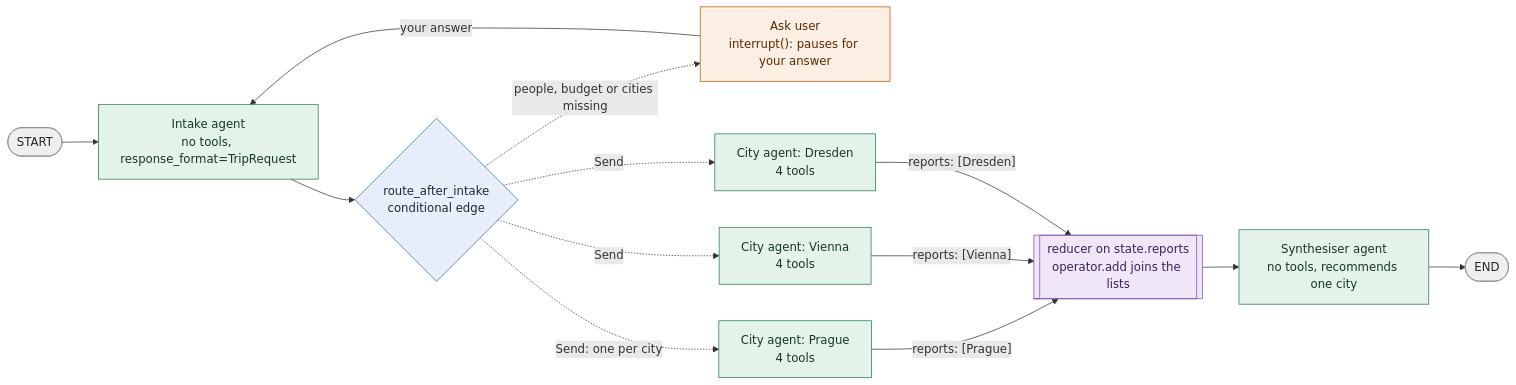
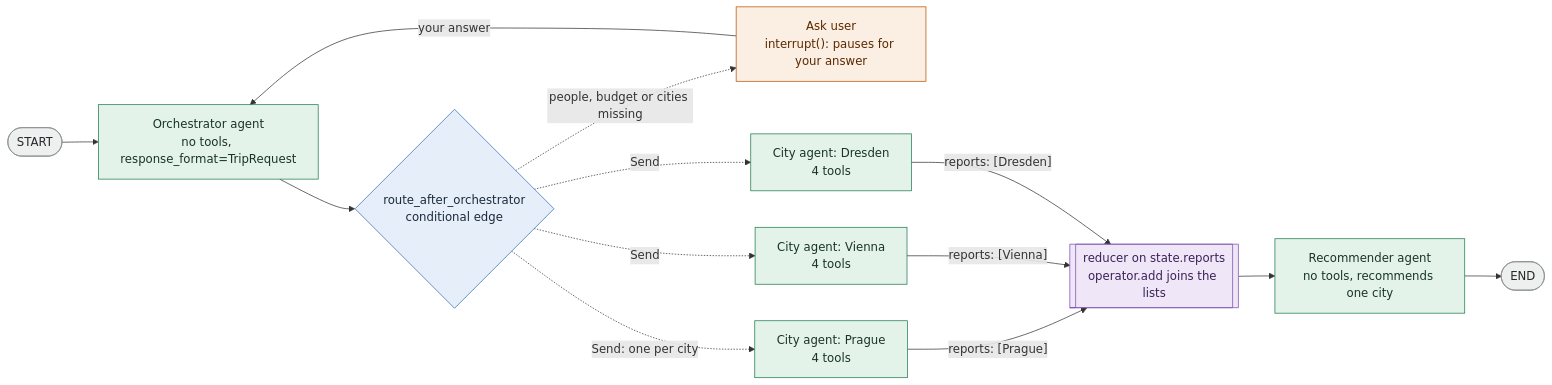
One commit to khoadaniel/statistical-programming-mpmd-htw-ws-2026 changed the diagram in sessions/15-rag-and-agents/workbooks/trip_planner_app/README.md. Above: the diagram before and after it, drawn with Mermaid. The commit also changed other lines of this file and 4 other files, not shown here.

````diff
--- a/sessions/15-rag-and-agents/workbooks/trip_planner_app/README.md
+++ b/sessions/15-rag-and-agents/workbooks/trip_planner_app/README.md
@@ -24,26 +24,26 @@
 ```mermaid
 flowchart LR
-    start_node([START]) --> intake_agent["Intake agent<br/>no tools, response_format=TripRequest"]
-    intake_agent --> route{"route_after_intake<br/>conditional edge"}
+    start_node([START]) --> orchestrator_agent["Orchestrator agent<br/>no tools, response_format=TripRequest"]
+    orchestrator_agent --> route{"route_after_orchestrator<br/>conditional edge"}
     route -. "people, budget or cities missing" .-> ask_user["Ask user<br/>interrupt(): pauses for your answer"]
-    ask_user -- "your answer" --> intake_agent
+    ask_user -- "your answer" --> orchestrator_agent
     route -. "Send: one per city" .-> city_prague["City agent: Prague<br/>4 tools"]
     route -. "Send" .-> city_vienna["City agent: Vienna<br/>4 tools"]
     route -. "Send" .-> city_dresden["City agent: Dresden<br/>4 tools"]
     city_prague -- "reports: [Prague]" --> reducer[["reducer on state.reports<br/>operator.add joins the lists"]]
     city_vienna -- "reports: [Vienna]" --> reducer
     city_dresden -- "reports: [Dresden]" --> reducer
-    reducer --> synthesiser_agent["Synthesiser agent<br/>no tools, recommends one city"]
-    synthesiser_agent --> end_node([END])
+    reducer --> recommender_agent["Recommender agent<br/>no tools, recommends one city"]
+    recommender_agent --> end_node([END])
 
     classDef agent fill:#e3f3ea,stroke:#1f7a4d,color:#1b3428
     classDef human fill:#fbeee2,stroke:#b85500,color:#5a2a00
     classDef edgefn fill:#e5eef9,stroke:#2f6db3,color:#1c2a3b
     classDef reducerfn fill:#efe7f8,stroke:#7a4fb0,color:#3a2257
     classDef terminal fill:#eef0ef,stroke:#8a9190,color:#24292b
-    class intake_agent,city_prague,city_vienna,city_dresden,synthesiser_agent agent
+    class orchestrator_agent,city_prague,city_vienna,city_dresden,recommender_agent agent
     class ask_user human
     class route edgefn
     class reducer reducerfn
     class start_node,end_node terminal
 ```
````
